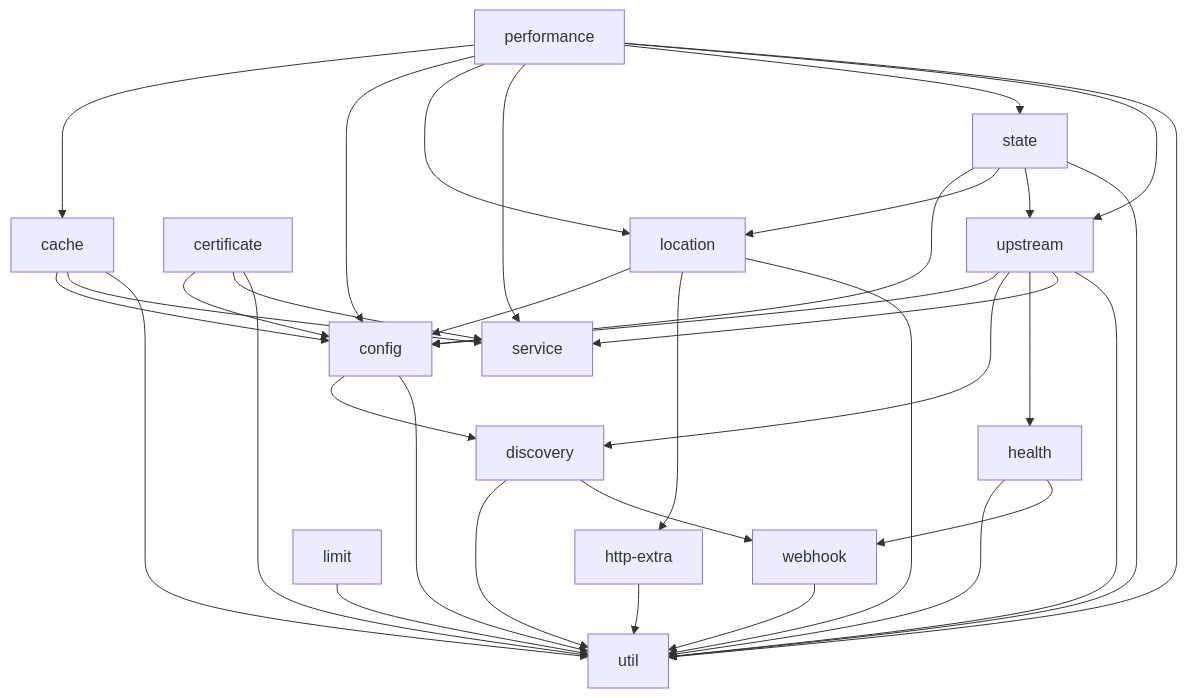
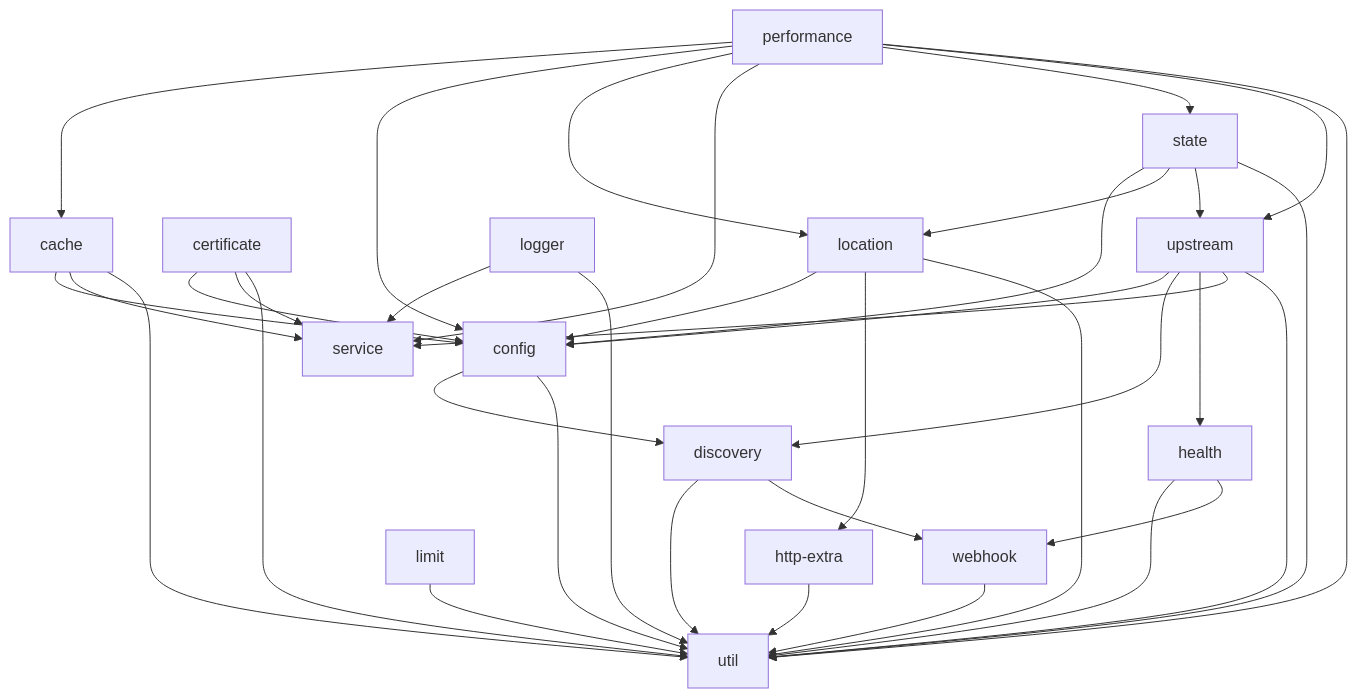
The diagram in docs/module_dependencies.md (vicanso/pingap), drawn with Mermaid before and after one commit. The commit also changed 12 other files, not shown here.

````diff
--- a/docs/module_dependencies.md
+++ b/docs/module_dependencies.md
@@ -3,48 +3,51 @@
 ```mermaid
 graph TD
     cache --> config
     cache --> service
     cache --> util
 
     certificate --> config
     certificate --> service
     certificate --> util
 
     config --> discovery
     config --> util
 
     discovery --> util
     discovery --> webhook
 
     health --> util
     health --> webhook
 
     http-extra --> util
 
     limit --> util
 
     location --> config
     location --> http-extra
     location --> util
 
+    logger --> service
+    logger --> util
+
     performance --> cache
     performance --> config
     performance --> location
     performance --> service
     performance --> state
     performance --> upstream
     performance --> util
 
     state --> config
     state --> location
     state --> upstream
     state --> util
 
     upstream --> config
     upstream --> discovery
     upstream --> health
     upstream --> service
     upstream --> util
 
     webhook --> util
 ```
````
